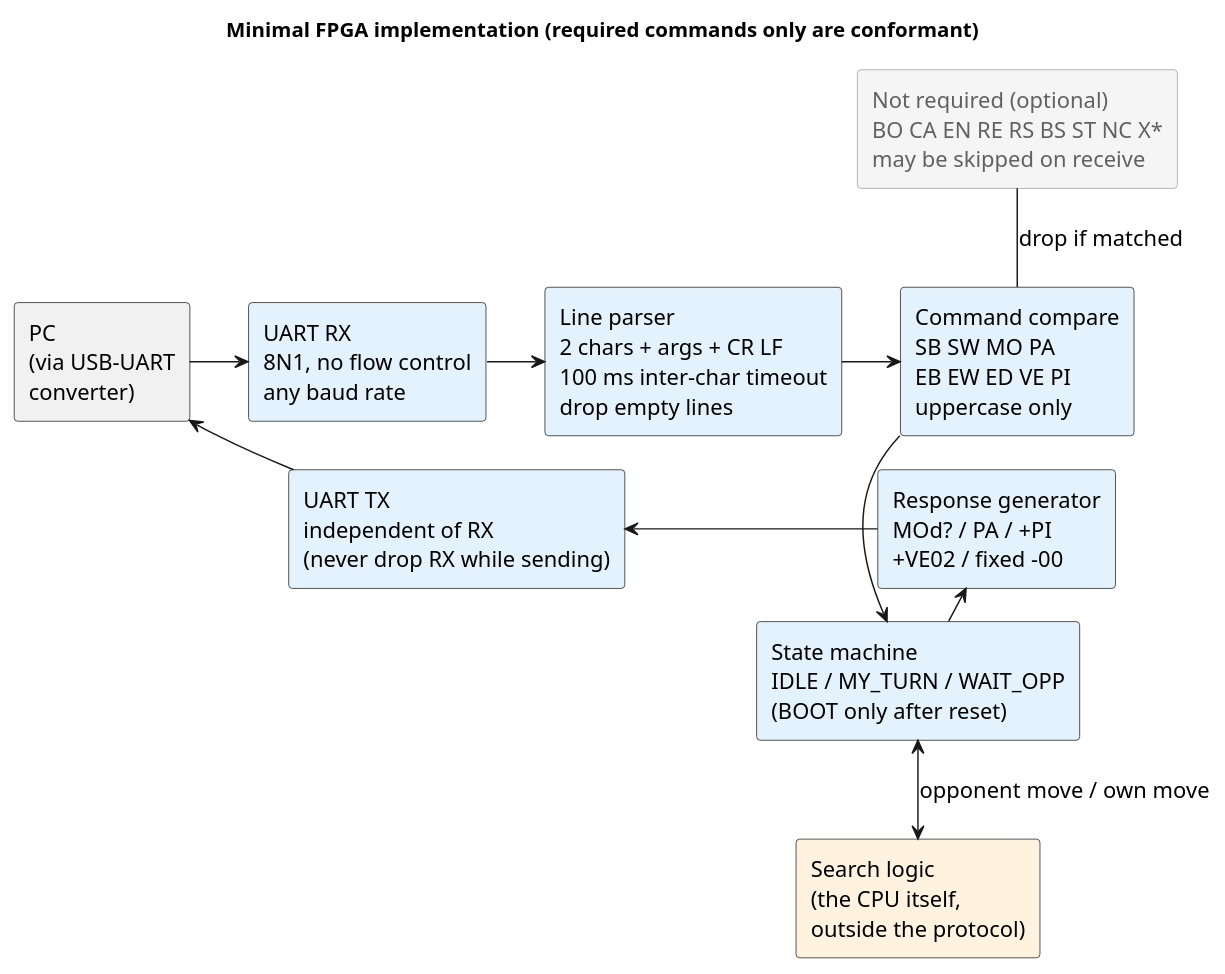
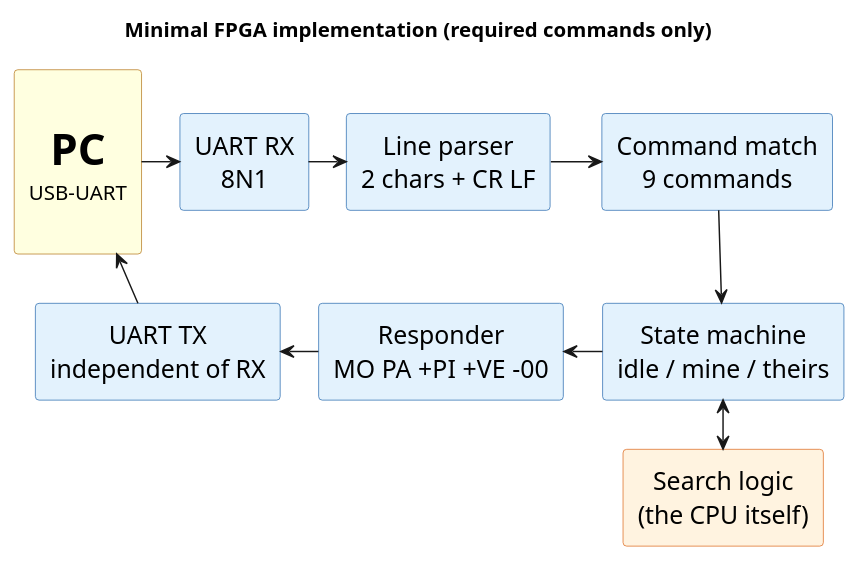
The diagram in diagrams/minimal-impl.en.puml (tommie-jp/reversi-uart-protocol), drawn with PlantUML before and after one commit. The commit also changed 3 other files, not shown here.

First line of the commit message:
docs: 最小実装のブロック図を文字が読める大きさに整理する

```diff
--- a/diagrams/minimal-impl.en.puml
+++ b/diagrams/minimal-impl.en.puml
@@ -1,36 +1,38 @@
 @startuml
-title Minimal FPGA implementation (required commands only are conformant)
+title Minimal FPGA implementation (required commands only)
 
 skinparam shadowing false
+skinparam defaultTextAlignment center
+skinparam defaultFontSize 17
+skinparam nodesep 26
+skinparam ranksep 34
+skinparam RectangleBackgroundColor #E3F2FD
+skinparam RectangleBorderColor #2B6CB0
+skinparam RectangleBackgroundColor<<cpu>> #FFF3E0
+skinparam RectangleBorderColor<<cpu>> #DD6B20
+skinparam RectangleBackgroundColor<<pc>> #FFFFE0
+skinparam RectangleBorderColor<<pc>> #B7791F
 hide stereotype
-skinparam defaultFontSize 15
-skinparam nodesep 40
-skinparam ranksep 45
-skinparam RectangleBackgroundColor<<proto>> #E3F2FD
-skinparam RectangleBackgroundColor<<cpu>> #FFF3E0
-skinparam RectangleBackgroundColor<<skip>> #F5F5F5
-skinparam RectangleBorderColor<<skip>> #9E9E9E
-skinparam RectangleFontColor<<skip>> #616161
 
-rectangle "PC\n(via USB-UART\nconverter)" as PC
+rectangle "\n<size:30><b>PC</b></size>\n<size:14>USB-UART</size>\n" as PC <<pc>>
 
-rectangle "UART RX\n8N1, no flow control\nany baud rate" as RX <<proto>>
-rectangle "Line parser\n2 chars + args + CR LF\n100 ms inter-char timeout\ndrop empty lines" as PARSE <<proto>>
-rectangle "Command compare\nSB SW MO PA\nEB EW ED VE PI\nuppercase only" as DEC <<proto>>
-rectangle "State machine\nIDLE / MY_TURN / WAIT_OPP\n(BOOT only after reset)" as FSM <<proto>>
-rectangle "Response generator\nMOd? / PA / +PI\n+VE02 / fixed -00" as GEN <<proto>>
-rectangle "UART TX\nindependent of RX\n(never drop RX while sending)" as TX <<proto>>
-rectangle "Search logic\n(the CPU itself,\noutside the protocol)" as ENGINE <<cpu>>
-rectangle "Not required (optional)\nBO CA EN RE RS BS ST NC X*\nmay be skipped on receive" as SKIP <<skip>>
+rectangle "UART RX\n8N1" as RX
+rectangle "Line parser\n2 chars + CR LF" as PARSE
+rectangle "Command match\n9 commands" as DEC
+rectangle "State machine\nidle / mine / theirs" as FSM
+rectangle "Responder\nMO PA +PI +VE -00" as GEN
+rectangle "UART TX\nindependent of RX" as TX
+rectangle "Search logic\n(the CPU itself)" as ENGINE <<cpu>>
 
 PC -right-> RX
 RX -right-> PARSE
 PARSE -right-> DEC
 DEC -down-> FSM
 FSM -left-> GEN
 GEN -left-> TX
 TX -left-> PC
-FSM <-down-> ENGINE : opponent move / own move
-DEC -up- SKIP : drop if matched
+RX -[hidden]down-> TX
+PARSE -[hidden]down-> GEN
+FSM <-down-> ENGINE
 
 @enduml
```
